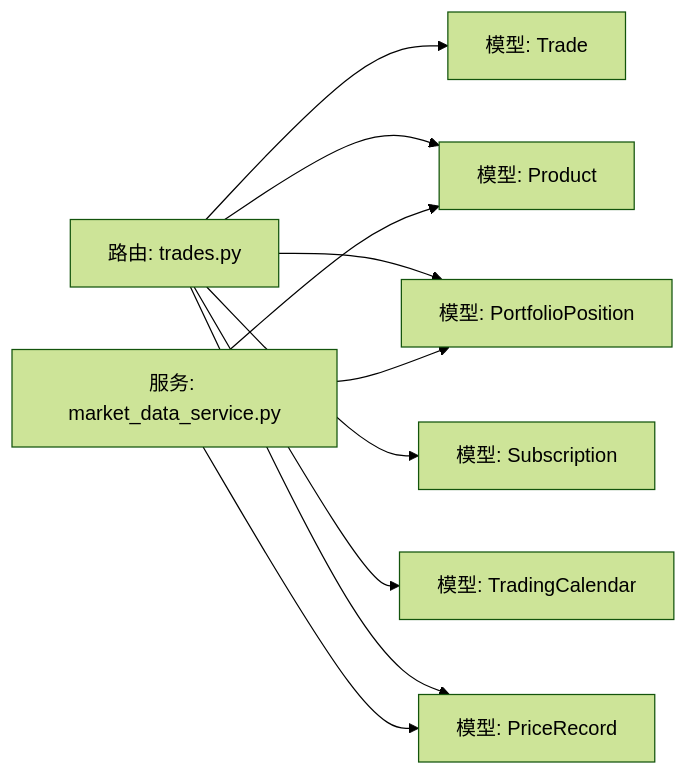
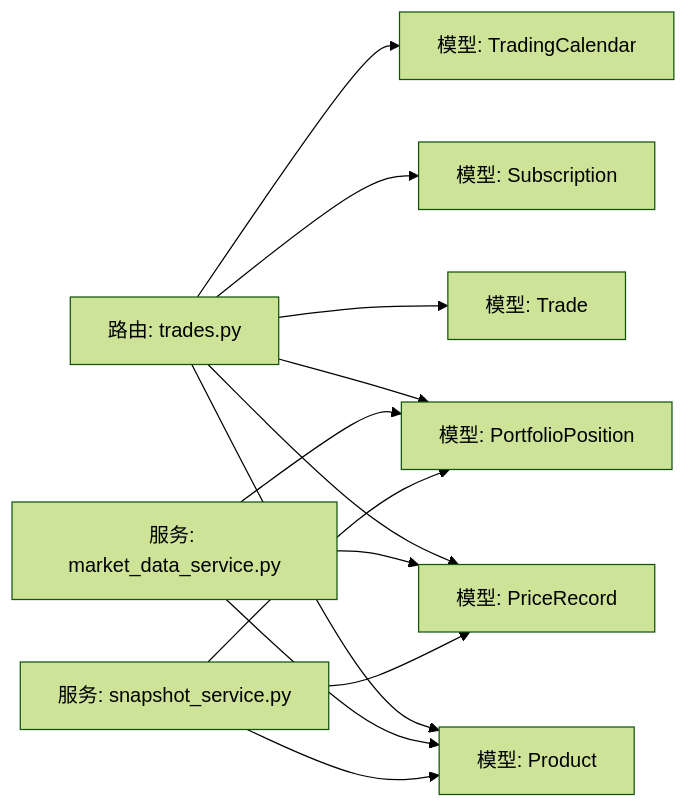
Before and after one commit to gujialind/InvestRing: the ninth of 9 diagrams in .qoder/repowiki/zh/content/核心业务功能/交易处理.md, drawn with Mermaid (forest theme). The commit also changed other lines of this file and 16 other files, not shown here.

````diff
--- a/.qoder/repowiki/zh/content/核心业务功能/交易处理.md
+++ b/.qoder/repowiki/zh/content/核心业务功能/交易处理.md
@@ -345,12 +415,15 @@
 ```mermaid
 graph LR
 R["路由: trades.py"] --> T["模型: Trade"]
 R --> P["模型: Product"]
 R --> PP["模型: PortfolioPosition"]
 R --> S["模型: Subscription"]
 R --> C["模型: TradingCalendar"]
 R --> PR["模型: PriceRecord"]
 Svc["服务: market_data_service.py"] --> PR
 Svc --> P
 Svc --> PP
+SSnap["服务: snapshot_service.py"] --> PR
+SSnap --> P
+SSnap --> PP
 ```
````
